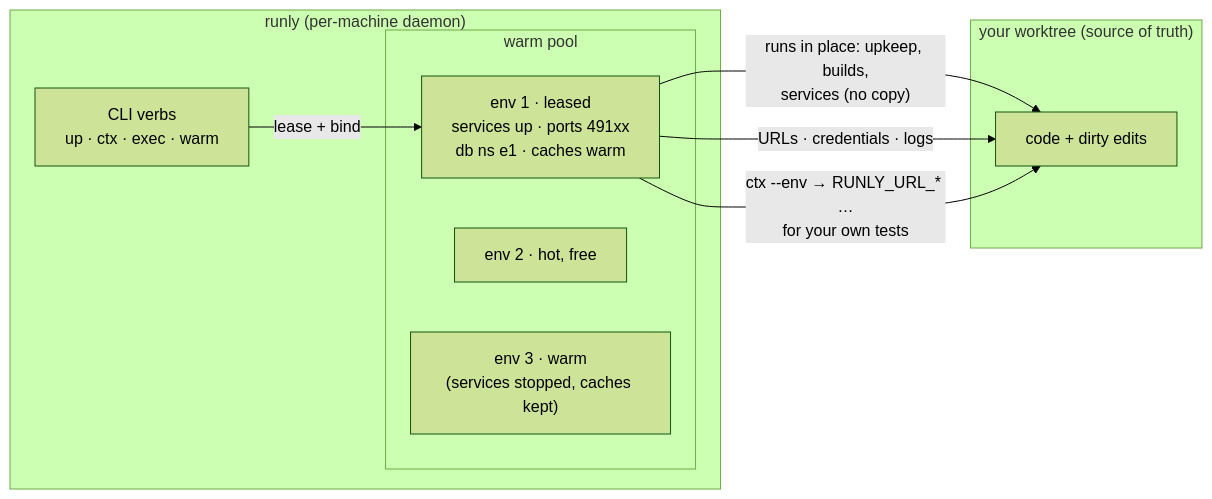
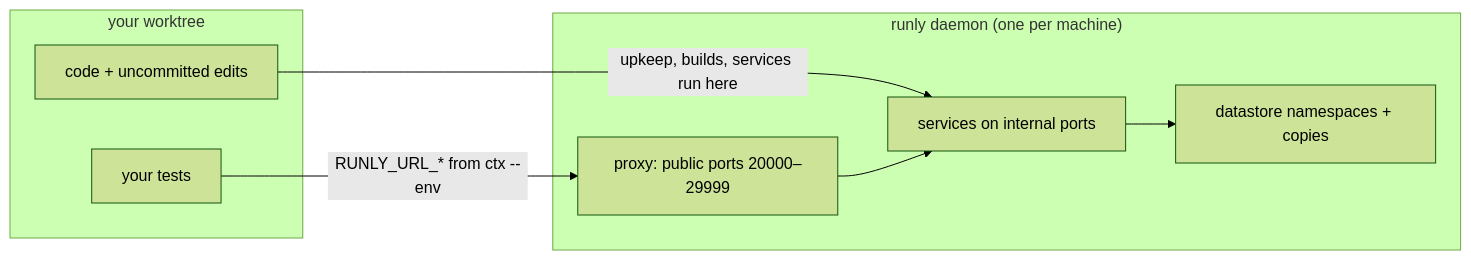
The diagram in docs/overview.md (ChristianKohlberg/backlot), drawn with Mermaid (forest theme) before and after one commit. The commit also changed other lines of this file and 29 other files, not shown here.

First line of the commit message:
docs: one coherent description of runly 0.17

````diff
--- a/docs/overview.md
+++ b/docs/overview.md
@@ -30,18 +18,16 @@
 ```mermaid
 flowchart LR
-    subgraph you["your worktree (source of truth)"]
-        WT["code + dirty edits"]
+    subgraph wt["your worktree"]
+        SRC["code + uncommitted edits"]
+        T["your tests"]
     end
-    subgraph broker["runly (per-machine daemon)"]
-        CLI["CLI verbs<br/>up · ctx · exec · warm"]
-        subgraph pool["warm pool"]
-            E1["env 1 · leased<br/>services up · ports 491xx<br/>db ns e1 · caches warm"]
-            E2["env 2 · hot, free"]
-            E3["env 3 · warm<br/>(services stopped, caches kept)"]
-        end
+    subgraph d["runly daemon (one per machine)"]
+        P["proxy: public ports 20000–29999"]
+        S["services on internal ports"]
+        DB["datastore namespaces + copies"]
     end
-    E1 -- "runs in place: upkeep, builds,<br/>services (no copy)" --> WT
-    CLI -- "lease + bind" --> E1
-    E1 -- "URLs · credentials · logs" --> WT
-    E1 -- "ctx --env → RUNLY_URL_* …<br/>for your own tests" --> WT
+    SRC -- "upkeep, builds, services run here" --> S
+    P --> S
+    S --> DB
+    T -- "RUNLY_URL_* from ctx --env" --> P
 ```
````
